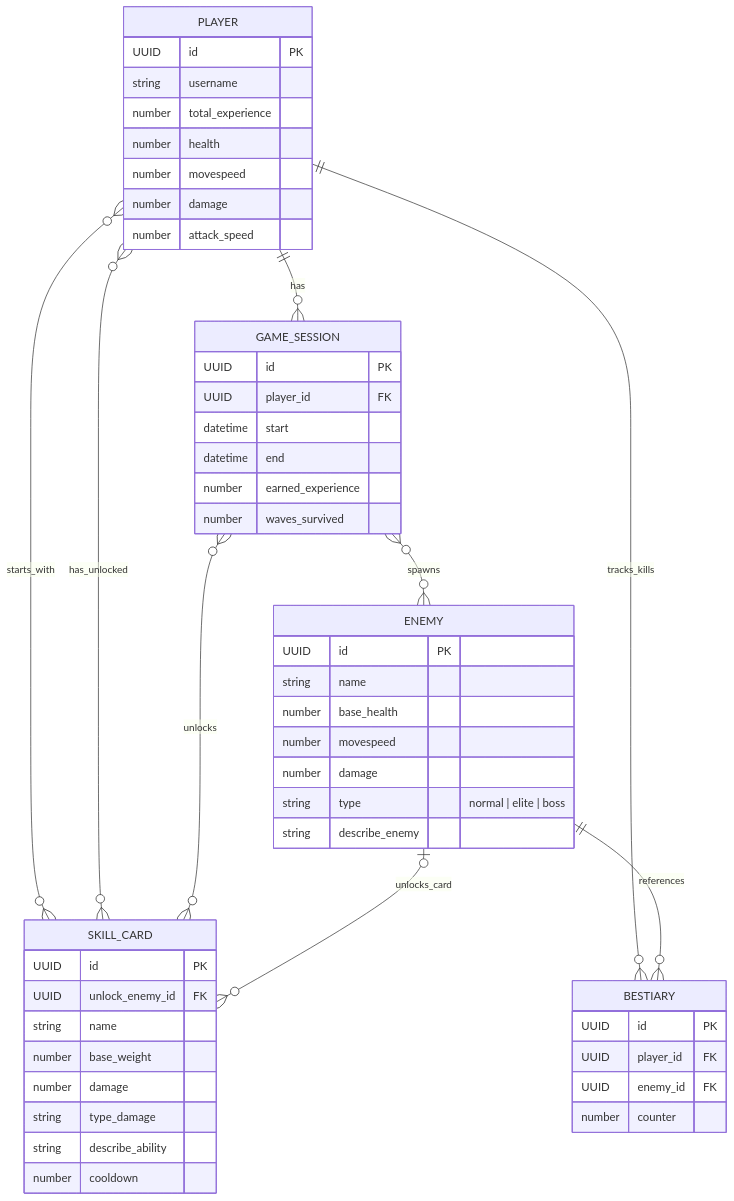
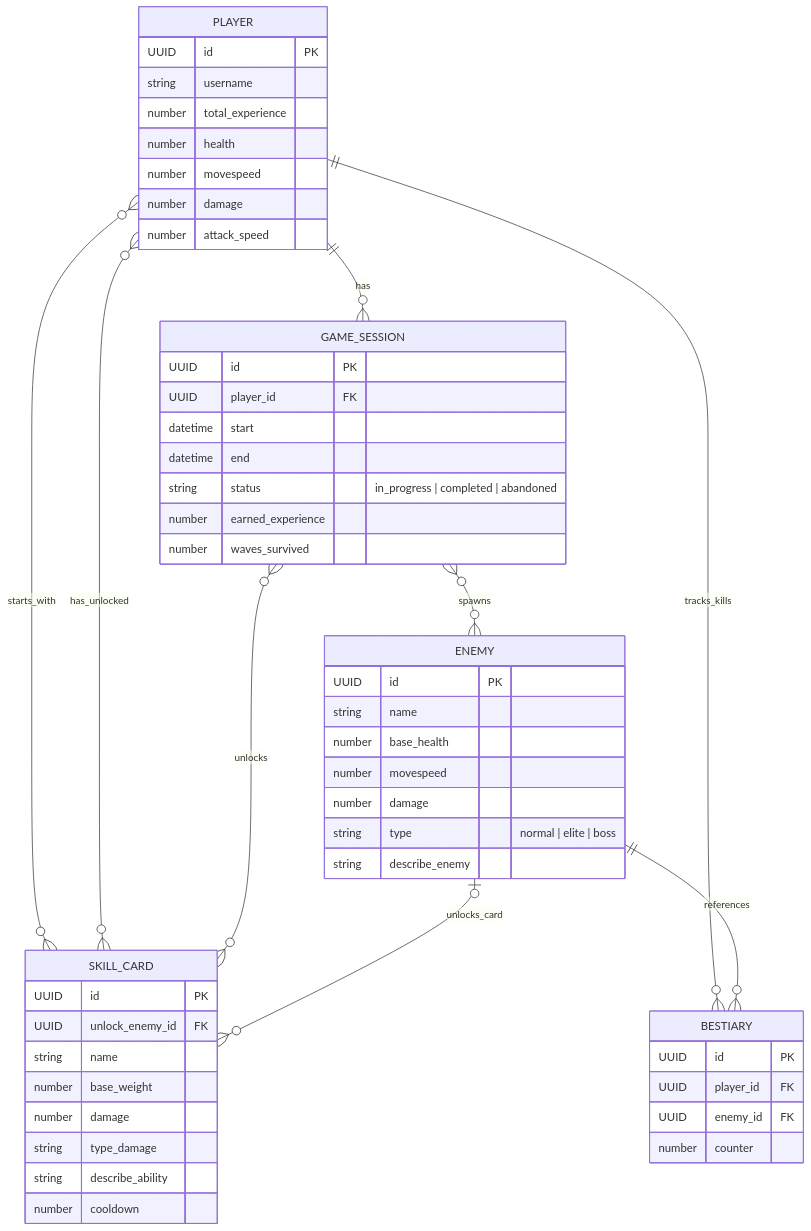
Before and after one commit to Sk1y-1/KPI-2: the diagram in Lab2/EDR_v2.md, drawn with Mermaid.

Commit message:
Add status field to EDR_v2.md

````diff
--- a/Lab2/EDR_v2.md
+++ b/Lab2/EDR_v2.md
@@ -1,53 +1,54 @@
 ```mermaid
 erDiagram
     PLAYER {
         UUID id PK
         string username
         number total_experience
         number health
         number movespeed
         number damage
         number attack_speed
     }
     GAME_SESSION {
         UUID id PK
         UUID player_id FK
         datetime start
         datetime end
+        string status "in_progress | completed | abandoned"
         number earned_experience
         number waves_survived
     }
     SKILL_CARD {
         UUID id PK
         UUID unlock_enemy_id FK
         string name
         number base_weight
         number damage
         string type_damage
         string describe_ability
         number cooldown
     }
     ENEMY {
         UUID id PK
         string name
         number base_health
         number movespeed
         number damage
         string type "normal | elite | boss"
         string describe_enemy
     }
     BESTIARY {
         UUID id PK
         UUID player_id FK
         UUID enemy_id FK
         number counter
     }
     PLAYER ||--o{ GAME_SESSION : "has"
     PLAYER }o--o{ SKILL_CARD : "starts_with"
     PLAYER }o--o{ SKILL_CARD : "has_unlocked"
     GAME_SESSION }o--o{ SKILL_CARD : "unlocks"
     GAME_SESSION }o--o{ ENEMY : "spawns"
     PLAYER ||--o{ BESTIARY : "tracks_kills"
     ENEMY ||--o{ BESTIARY : "references"
     ENEMY |o--o{ SKILL_CARD : "unlocks_card"
 ```
````
